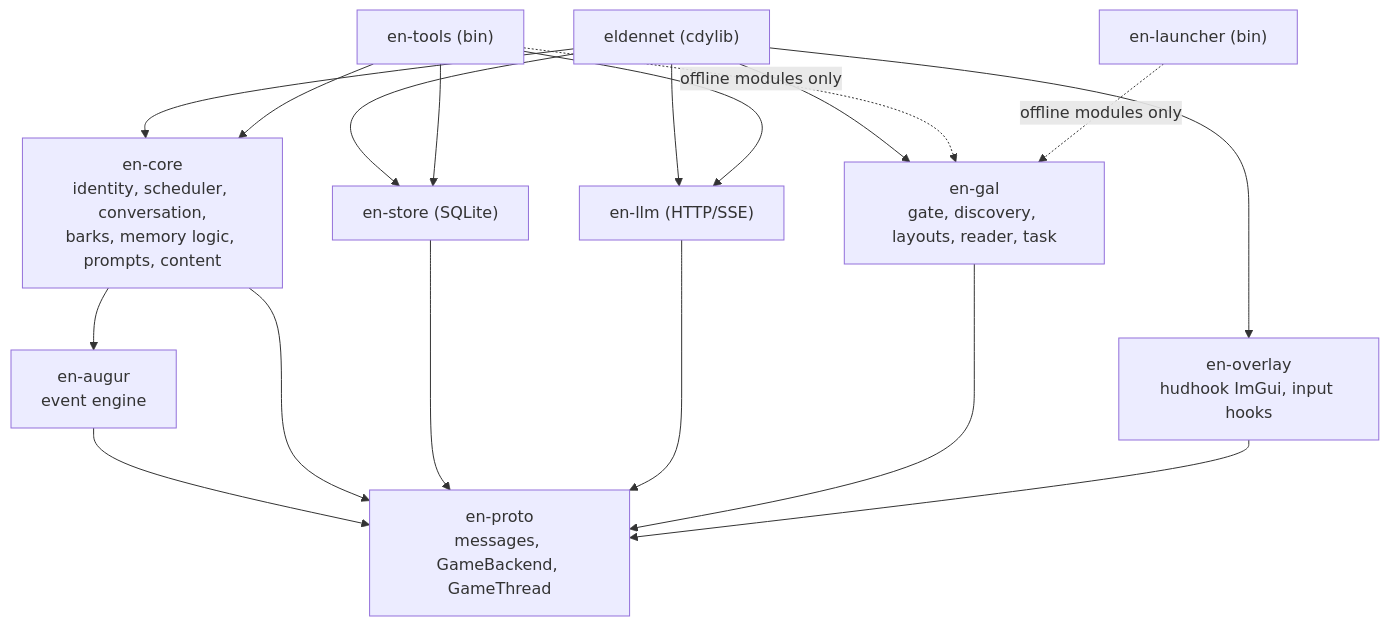
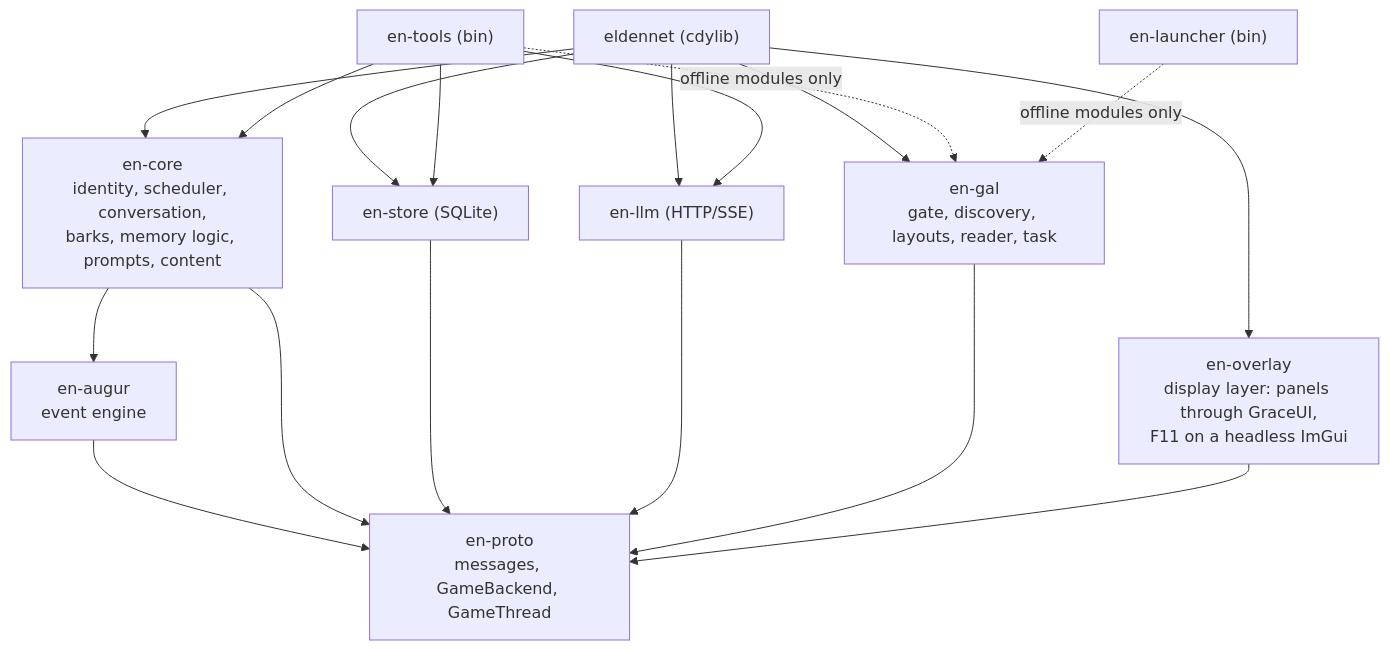
Before and after one commit to Pt0l3my/EldenNet: the second of 5 diagrams in docs/design/DESIGN.md, drawn with Mermaid. The commit also changed other lines of this file and 8 other files, not shown here.

````diff
--- a/docs/design/DESIGN.md
+++ b/docs/design/DESIGN.md
@@ -145,23 +147,23 @@
 ```mermaid
 flowchart TB
   PROTO["en-proto<br/>messages, GameBackend, GameThread"]
   AUG["en-augur<br/>event engine"]
   CORE["en-core<br/>identity, scheduler, conversation,<br/>barks, memory logic, prompts, content"]
   STORE["en-store (SQLite)"]
   LLM["en-llm (HTTP/SSE)"]
   GAL["en-gal<br/>gate, discovery, layouts, reader, task"]
-  OVL["en-overlay<br/>hudhook ImGui, input hooks"]
+  OVL["en-overlay<br/>display layer: panels through GraceUI,<br/>F11 on a headless ImGui"]
   DLL["eldennet (cdylib)"]
   LAUNCH["en-launcher (bin)"]
   TOOLS["en-tools (bin)"]
   AUG --> PROTO
   CORE --> AUG & PROTO
   STORE --> PROTO
   LLM --> PROTO
   GAL --> PROTO
   OVL --> PROTO
   DLL --> CORE & GAL & OVL & STORE & LLM
   TOOLS --> CORE & STORE & LLM
   TOOLS -.->|"offline modules only"| GAL
   LAUNCH -.->|"offline modules only"| GAL
 ```
````
